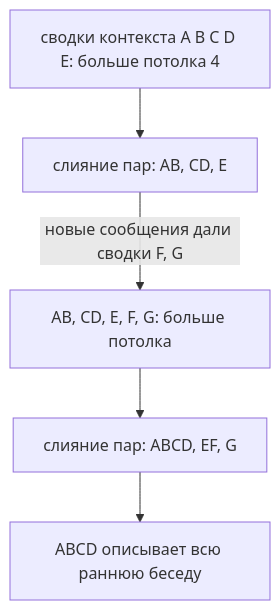
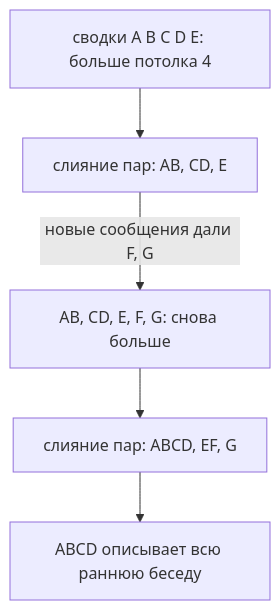
The second of 3 diagrams in docs/architecture/compression.md (sawking-tech/sam-public), drawn with Mermaid before and after one commit. The commit also changed other lines of this file, not shown here.

````diff
--- a/docs/architecture/compression.md
+++ b/docs/architecture/compression.md
@@ -77,7 +42,7 @@
 ```mermaid
 flowchart TD
-    A["сводки контекста A B C D E: больше потолка 4"] --> B["слияние пар: AB, CD, E"]
-    B -->|"новые сообщения дали сводки F, G"| C["AB, CD, E, F, G: больше потолка"]
+    A["сводки A B C D E: больше потолка 4"] --> B["слияние пар: AB, CD, E"]
+    B -->|"новые сообщения дали F, G"| C["AB, CD, E, F, G: снова больше"]
     C --> D["слияние пар: ABCD, EF, G"]
     D --> E["ABCD описывает всю раннюю беседу"]
 ```
````
